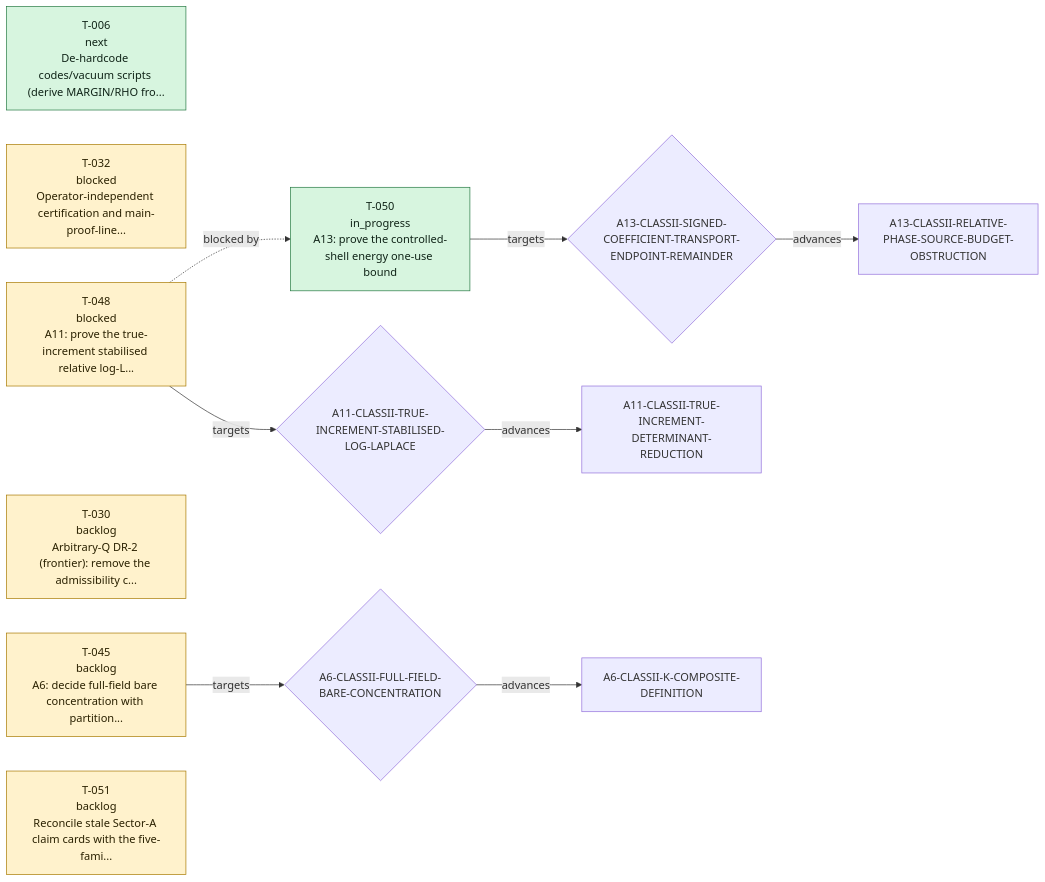
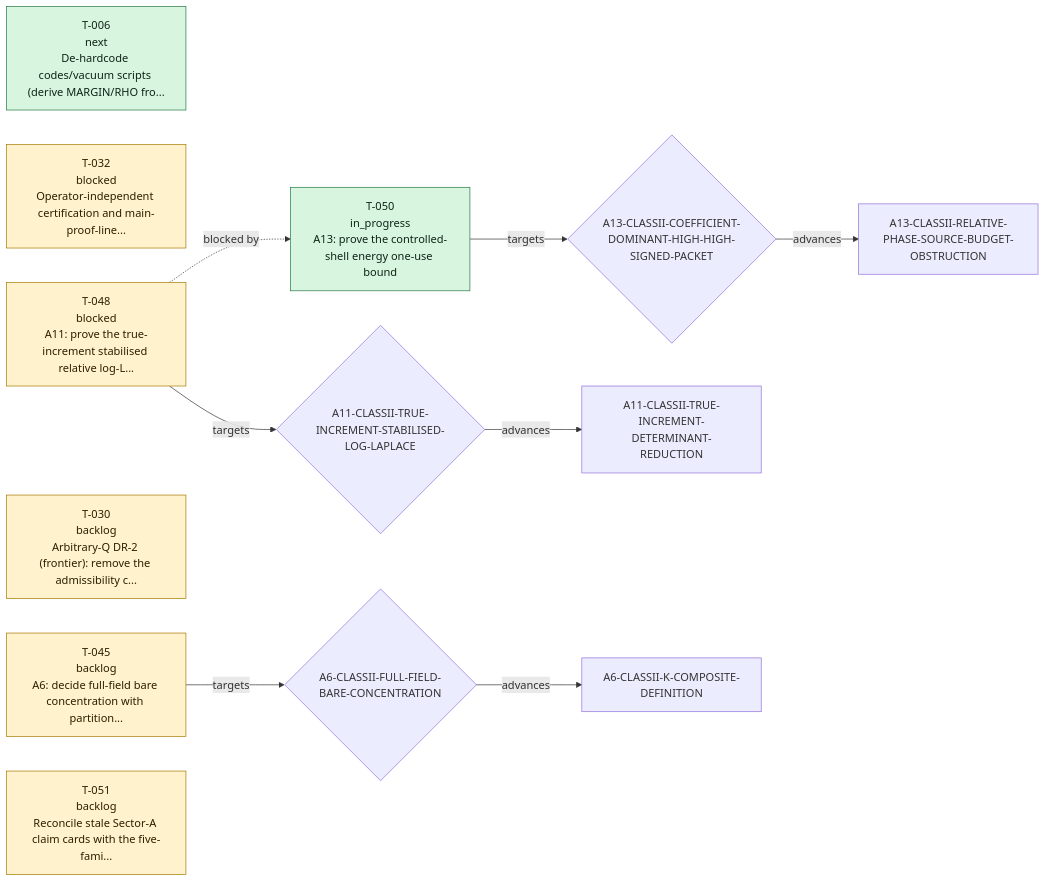
The second of 2 diagrams in theory/proof-evidence-map.md (TECT-OpenPhysics/TECT-Preview), drawn with Mermaid before and after one commit. The commit also changed other lines of this file and 32 other files, not shown here.

````diff
--- a/theory/proof-evidence-map.md
+++ b/theory/proof-evidence-map.md
@@ -63,27 +63,27 @@
 ```mermaid
 flowchart LR
   N_T_050["T-050<br/>in_progress<br/>A13: prove the controlled-shell energy one-use bound"]
-  N_A13_CLASSII_SIGNED_COEFFICIENT_TRANSPORT_ENDPOINT_REMAINDER{"A13-CLASSII-SIGNED-COEFFICIENT-TRANSPORT-ENDPOINT-REMAINDER"}
-  N_T_050 -->|targets| N_A13_CLASSII_SIGNED_COEFFICIENT_TRANSPORT_ENDPOINT_REMAINDER
+  N_A13_CLASSII_COEFFICIENT_DOMINANT_HIGH_HIGH_SIGNED_PACKET{"A13-CLASSII-COEFFICIENT-DOMINANT-HIGH-HIGH-SIGNED-PACKET"}
+  N_T_050 -->|targets| N_A13_CLASSII_COEFFICIENT_DOMINANT_HIGH_HIGH_SIGNED_PACKET
   N_A13_CLASSII_RELATIVE_PHASE_SOURCE_BUDGET_OBSTRUCTION["A13-CLASSII-RELATIVE-PHASE-SOURCE-BUDGET-OBSTRUCTION"]
-  N_A13_CLASSII_SIGNED_COEFFICIENT_TRANSPORT_ENDPOINT_REMAINDER -->|advances| N_A13_CLASSII_RELATIVE_PHASE_SOURCE_BUDGET_OBSTRUCTION
+  N_A13_CLASSII_COEFFICIENT_DOMINANT_HIGH_HIGH_SIGNED_PACKET -->|advances| N_A13_CLASSII_RELATIVE_PHASE_SOURCE_BUDGET_OBSTRUCTION
   N_T_006["T-006<br/>next<br/>De-hardcode codes/vacuum scripts (derive MARGIN/RHO fro..."]
   N_T_032["T-032<br/>blocked<br/>Operator-independent certification and main-proof-line..."]
   N_T_048["T-048<br/>blocked<br/>A11: prove the true-increment stabilised relative log-L..."]
   N_A11_CLASSII_TRUE_INCREMENT_STABILISED_LOG_LAPLACE{"A11-CLASSII-TRUE-INCREMENT-STABILISED-LOG-LAPLACE"}
   N_T_048 -->|targets| N_A11_CLASSII_TRUE_INCREMENT_STABILISED_LOG_LAPLACE
   N_A11_CLASSII_TRUE_INCREMENT_DETERMINANT_REDUCTION["A11-CLASSII-TRUE-INCREMENT-DETERMINANT-REDUCTION"]
   N_A11_CLASSII_TRUE_INCREMENT_STABILISED_LOG_LAPLACE -->|advances| N_A11_CLASSII_TRUE_INCREMENT_DETERMINANT_REDUCTION
   N_T_048 -. "blocked by" .-> N_T_050
   N_T_030["T-030<br/>backlog<br/>Arbitrary-Q DR-2 (frontier): remove the admissibility c..."]
   N_T_045["T-045<br/>backlog<br/>A6: decide full-field bare concentration with partition..."]
   N_A6_CLASSII_FULL_FIELD_BARE_CONCENTRATION{"A6-CLASSII-FULL-FIELD-BARE-CONCENTRATION"}
   N_T_045 -->|targets| N_A6_CLASSII_FULL_FIELD_BARE_CONCENTRATION
   N_A6_CLASSII_K_COMPOSITE_DEFINITION["A6-CLASSII-K-COMPOSITE-DEFINITION"]
   N_A6_CLASSII_FULL_FIELD_BARE_CONCENTRATION -->|advances| N_A6_CLASSII_K_COMPOSITE_DEFINITION
   N_T_051["T-051<br/>backlog<br/>Reconcile stale Sector-A claim cards with the five-fami..."]
   classDef active fill:#d7f5df,stroke:#257942,color:#102418
   classDef waiting fill:#fff2cc,stroke:#a87900,color:#2a2100
   class N_T_050,N_T_006 active
   class N_T_032,N_T_048,N_T_030,N_T_045,N_T_051 waiting
 ```
````
